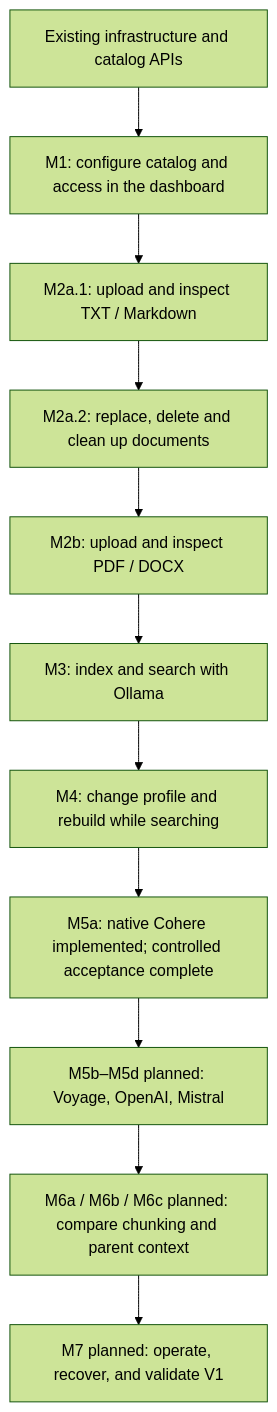
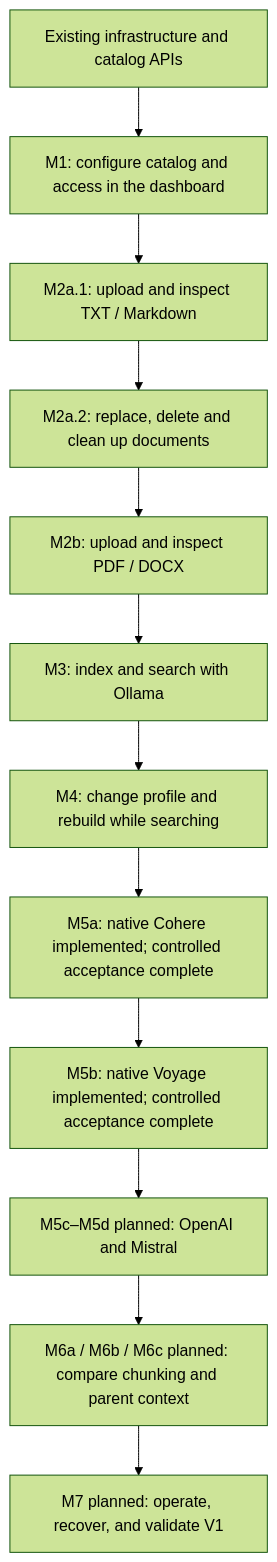
One commit to SimonLoir/vectorix changed the fifth of 5 diagrams in docs/rag-implementation-plan.md. Above: the diagram before and after it, drawn with Mermaid (forest theme). The commit also changed other lines of this file and 35 other files, not shown here.

Commit message:
feat(rag): add native Voyage indexing and search

````diff
--- a/docs/rag-implementation-plan.md
+++ b/docs/rag-implementation-plan.md
@@ -238,13 +241,14 @@
 ```mermaid
 flowchart TD
     BASE["Existing infrastructure and catalog APIs"] --> M1["M1: configure catalog and access in the dashboard"]
     M1 --> M2A["M2a.1: upload and inspect TXT / Markdown"]
     M2A --> M2A2["M2a.2: replace, delete and clean up documents"]
     M2A2 --> M2B["M2b: upload and inspect PDF / DOCX"]
     M2B --> M3["M3: index and search with Ollama"]
     M3 --> M4["M4: change profile and rebuild while searching"]
     M4 --> M5A["M5a: native Cohere implemented; controlled acceptance complete"]
-    M5A --> M5B["M5b–M5d planned: Voyage, OpenAI, Mistral"]
-    M5B --> M6["M6a / M6b / M6c planned: compare chunking and parent context"]
+    M5A --> M5B["M5b: native Voyage implemented; controlled acceptance complete"]
+    M5B --> M5CD["M5c–M5d planned: OpenAI and Mistral"]
+    M5CD --> M6["M6a / M6b / M6c planned: compare chunking and parent context"]
     M6 --> M7["M7 planned: operate, recover, and validate V1"]
 ```
````
